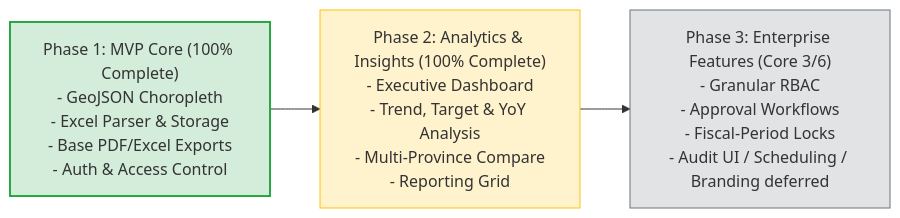
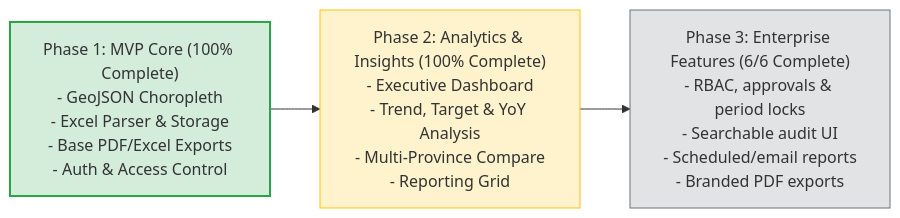
One commit to noah-isme/petakeu changed the diagram in docs/ROADMAP.md. Above: the diagram before and after it, drawn with Mermaid. The commit also changed other lines of this file and 33 other files, not shown here.

First line of the commit message:
feat: Complete roadmap release hardening

````diff
--- a/docs/ROADMAP.md
+++ b/docs/ROADMAP.md
@@ -26,12 +26,12 @@
 ```mermaid
 flowchart LR
     P1["Phase 1: MVP Core (100% Complete)\n- GeoJSON Choropleth\n- Excel Parser & Storage\n- Base PDF/Excel Exports\n- Auth & Access Control"]
     P2["Phase 2: Analytics & Insights (100% Complete)\n- Executive Dashboard\n- Trend, Target & YoY Analysis\n- Multi-Province Compare\n- Reporting Grid"]
-    P3["Phase 3: Enterprise Features (Core 3/6)\n- Granular RBAC\n- Approval Workflows\n- Fiscal-Period Locks\n- Audit UI / Scheduling / Branding deferred"]
+    P3["Phase 3: Enterprise Features (6/6 Complete)\n- RBAC, approvals & period locks\n- Searchable audit UI\n- Scheduled/email reports\n- Branded PDF exports"]
     
     P1 --> P2 --> P3
     
     style P1 fill:#d4edda,stroke:#28a745,stroke-width:2px
     style P2 fill:#fff3cd,stroke:#ffc107,stroke-width:1px
     style P3 fill:#e2e3e5,stroke:#6c757d,stroke-width:1px
 ```
````
